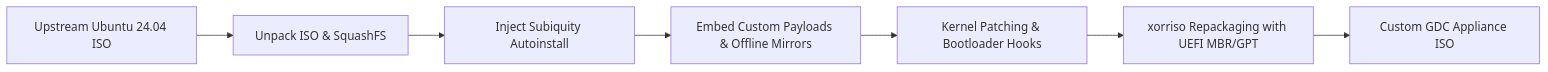
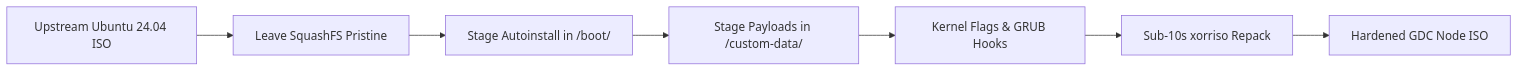
The diagram in docs/presentations/02-developer-workbench.marp.md (mike-ensor/gdc-disk-provisioner-gh), drawn with Mermaid before and after one commit. The commit also changed other lines of this file, not shown here.

Commit message:
fix(docs): align developer workbench deck with SquashFS separation architecture and tool APIs

````diff
--- a/docs/presentations/02-developer-workbench.marp.md
+++ b/docs/presentations/02-developer-workbench.marp.md
@@ -100,9 +106,9 @@
 ```mermaid
 flowchart LR
-    A[Upstream Ubuntu 24.04 ISO] --> B[Unpack ISO & SquashFS]
-    B --> C[Inject Subiquity Autoinstall]
-    C --> D[Embed Custom Payloads & Offline Mirrors]
-    D --> E[Kernel Patching & Bootloader Hooks]
-    E --> F[xorriso Repackaging with UEFI MBR/GPT]
-    F --> G[Custom GDC Appliance ISO]
+    A[Upstream Ubuntu 24.04 ISO] --> B[Leave SquashFS Pristine]
+    B --> C[Stage Autoinstall in /boot/]
+    C --> D[Stage Payloads in /custom-data/]
+    D --> E[Kernel Flags & GRUB Hooks]
+    E --> F[Sub-10s xorriso Repack]
+    F --> G[Hardened GDC Node ISO]
 ```
````
